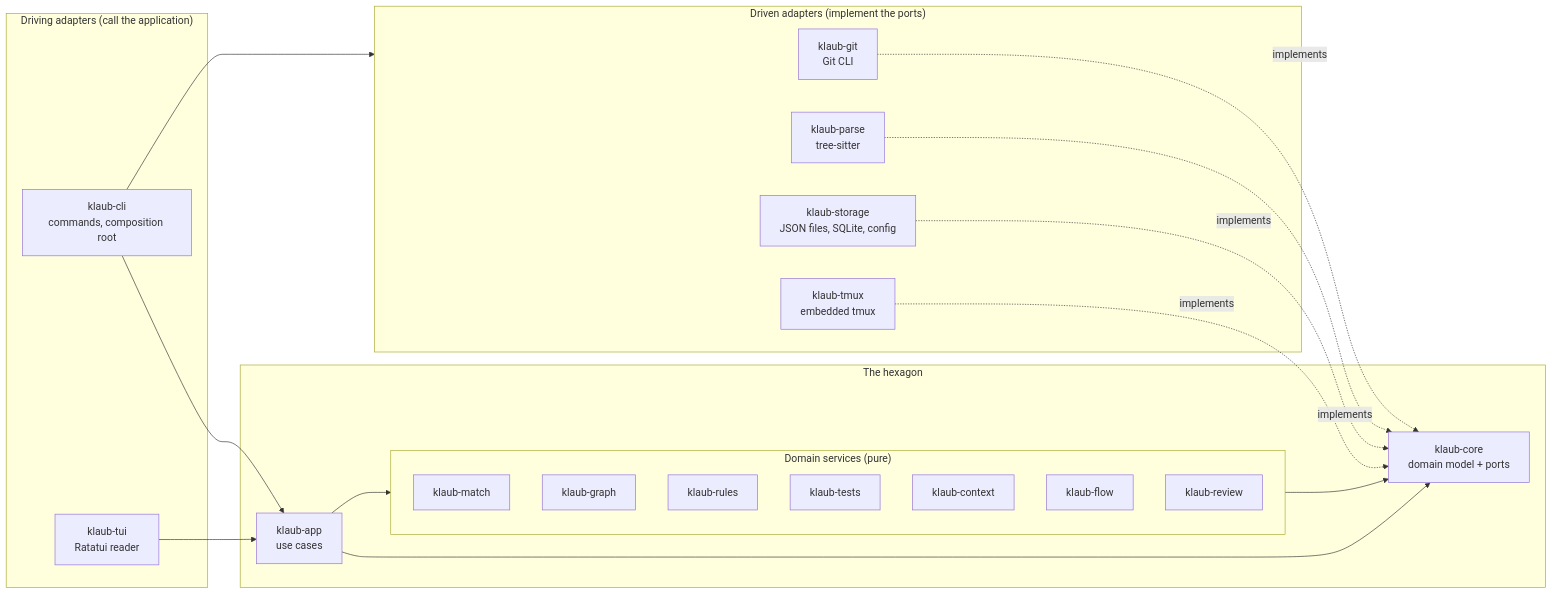
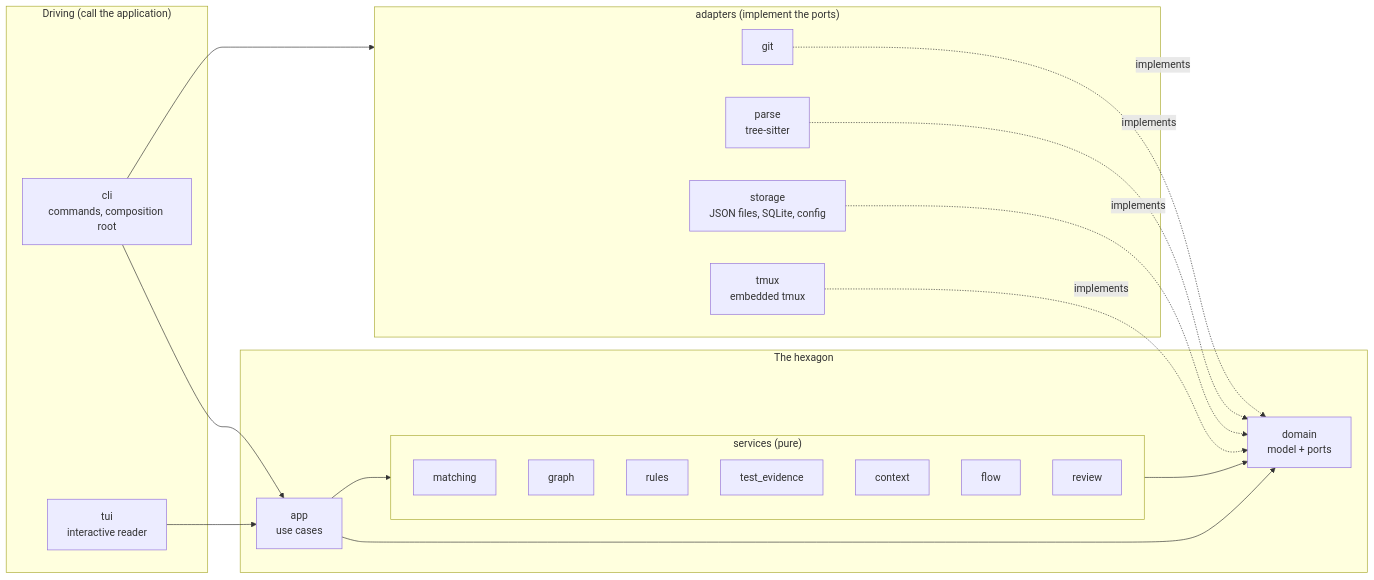
The first of 2 diagrams in docs/architecture.md (myrk-kale/klaub), drawn with Mermaid before and after one commit. The commit also changed other lines of this file and 291 other files, not shown here.

````diff
--- a/docs/architecture.md
+++ b/docs/architecture.md
@@ -21,39 +23,39 @@
 ```mermaid
 flowchart LR
-    subgraph Driving["Driving adapters (call the application)"]
-        CLI["klaub-cli<br/>commands, composition root"]
-        TUI["klaub-tui<br/>Ratatui reader"]
+    subgraph Driving["Driving (call the application)"]
+        CLI["cli<br/>commands, composition root"]
+        TUI["tui<br/>interactive reader"]
     end
 
     subgraph Hexagon["The hexagon"]
-        APP["klaub-app<br/>use cases"]
-        subgraph Domain["Domain services (pure)"]
-            MATCH["klaub-match"]
-            GRAPH["klaub-graph"]
-            RULES["klaub-rules"]
-            TESTS["klaub-tests"]
-            CTX["klaub-context"]
-            FLOW["klaub-flow"]
-            REVIEW["klaub-review"]
+        APP["app<br/>use cases"]
+        subgraph Services["services (pure)"]
+            MATCH["matching"]
+            GRAPH["graph"]
+            RULES["rules"]
+            TESTS["test_evidence"]
+            CTX["context"]
+            FLOW["flow"]
+            REVIEW["review"]
         end
-        CORE["klaub-core<br/>domain model + ports"]
+        DOMAIN["domain<br/>model + ports"]
     end
 
-    subgraph Driven["Driven adapters (implement the ports)"]
-        GIT["klaub-git<br/>Git CLI"]
-        PARSE["klaub-parse<br/>tree-sitter"]
-        STORE["klaub-storage<br/>JSON files, SQLite, config"]
-        TMUX["klaub-tmux<br/>embedded tmux"]
+    subgraph Driven["adapters (implement the ports)"]
+        GIT["git"]
+        PARSE["parse<br/>tree-sitter"]
+        STORE["storage<br/>JSON files, SQLite, config"]
+        TMUX["tmux<br/>embedded tmux"]
     end
 
     CLI --> APP
     TUI --> APP
-    APP --> Domain
-    Domain --> CORE
-    APP --> CORE
-    GIT -. implements .-> CORE
-    PARSE -. implements .-> CORE
-    STORE -. implements .-> CORE
-    TMUX -. implements .-> CORE
+    APP --> Services
+    Services --> DOMAIN
+    APP --> DOMAIN
+    GIT -. implements .-> DOMAIN
+    PARSE -. implements .-> DOMAIN
+    STORE -. implements .-> DOMAIN
+    TMUX -. implements .-> DOMAIN
     CLI --> Driven
 ```
````
